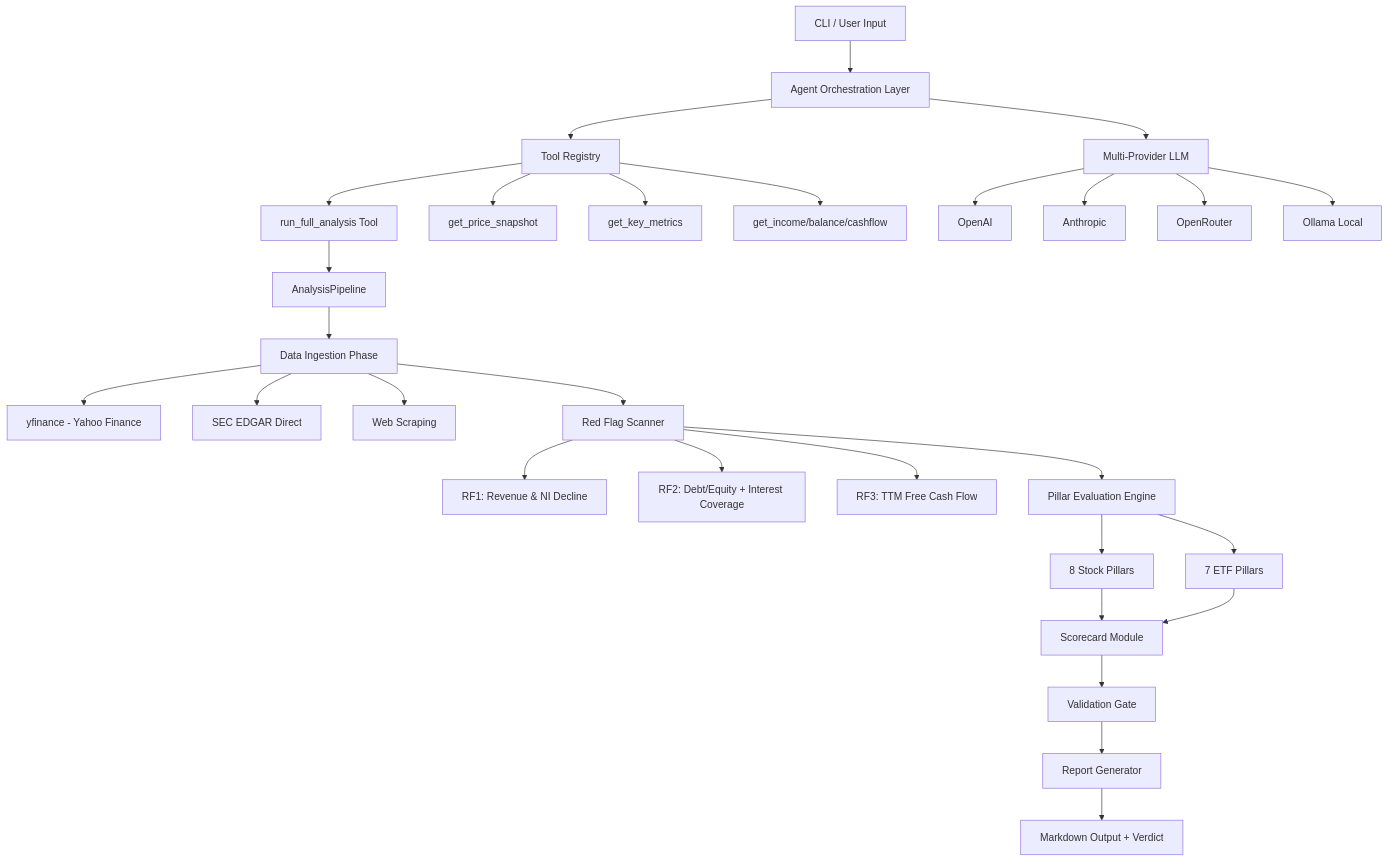
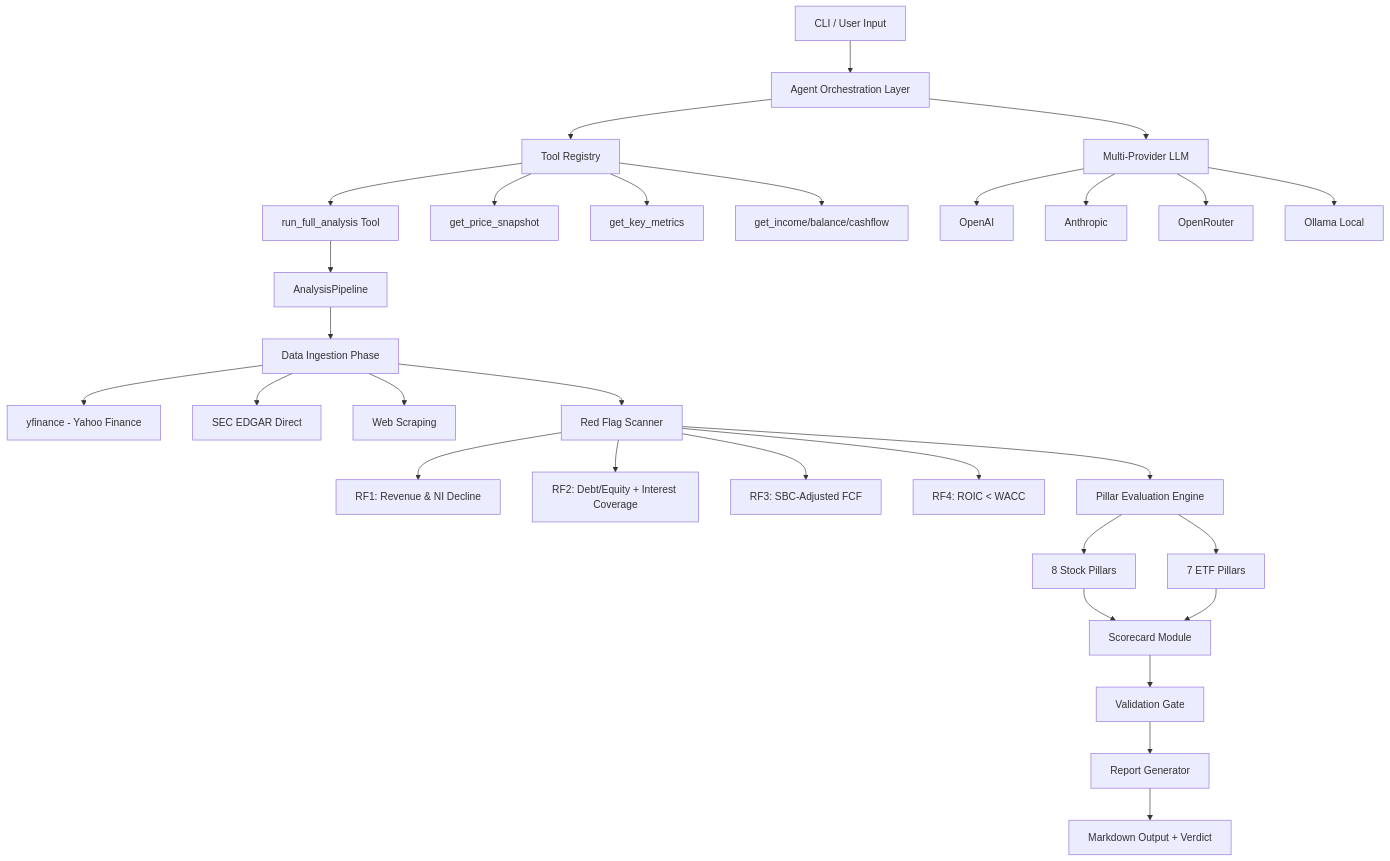
One commit to uditrpanchal/nexus changed the diagram in README.md. Above: the diagram before and after it, drawn with Mermaid. The commit also changed other lines of this file, not shown here.

````diff
--- a/README.md
+++ b/README.md
@@ -40,38 +41,39 @@
 ```mermaid
 graph TD
     CLI[CLI / User Input] --> AGENT[Agent Orchestration Layer]
     AGENT --> TOOLS[Tool Registry]
     
     TOOLS --> RUN_ANALYSIS[run_full_analysis Tool]
     TOOLS --> PRICE[get_price_snapshot]
     TOOLS --> METRICS[get_key_metrics]
     TOOLS --> STATEMENTS[get_income/balance/cashflow]
     
     RUN_ANALYSIS --> PIPELINE[AnalysisPipeline]
     
     PIPELINE --> DATA[Data Ingestion Phase]
     DATA --> YF[yfinance - Yahoo Finance]
     DATA --> SEC[SEC EDGAR Direct]
     DATA --> WEB[Web Scraping]
     
     DATA --> RF[Red Flag Scanner]
     RF --> RF1[RF1: Revenue & NI Decline]
     RF --> RF2[RF2: Debt/Equity + Interest Coverage]
-    RF --> RF3[RF3: TTM Free Cash Flow]
+    RF --> RF3[RF3: SBC-Adjusted FCF]
+    RF --> RF4[RF4: ROIC < WACC]
     
     RF --> PILLARS[Pillar Evaluation Engine]
     PILLARS --> STOCK[8 Stock Pillars]
     PILLARS --> ETF[7 ETF Pillars]
     
     STOCK --> SC[Scorecard Module]
     ETF --> SC
     SC --> VG[Validation Gate]
     VG --> REPORT[Report Generator]
     REPORT --> OUTPUT[Markdown Output + Verdict]
     
     AGENT --> LLM[Multi-Provider LLM]
     LLM --> OPENAI[OpenAI]
     LLM --> ANTHROPIC[Anthropic]
     LLM --> OPENROUTER[OpenRouter]
     LLM --> OLLAMA[Ollama Local]
 ```
````
